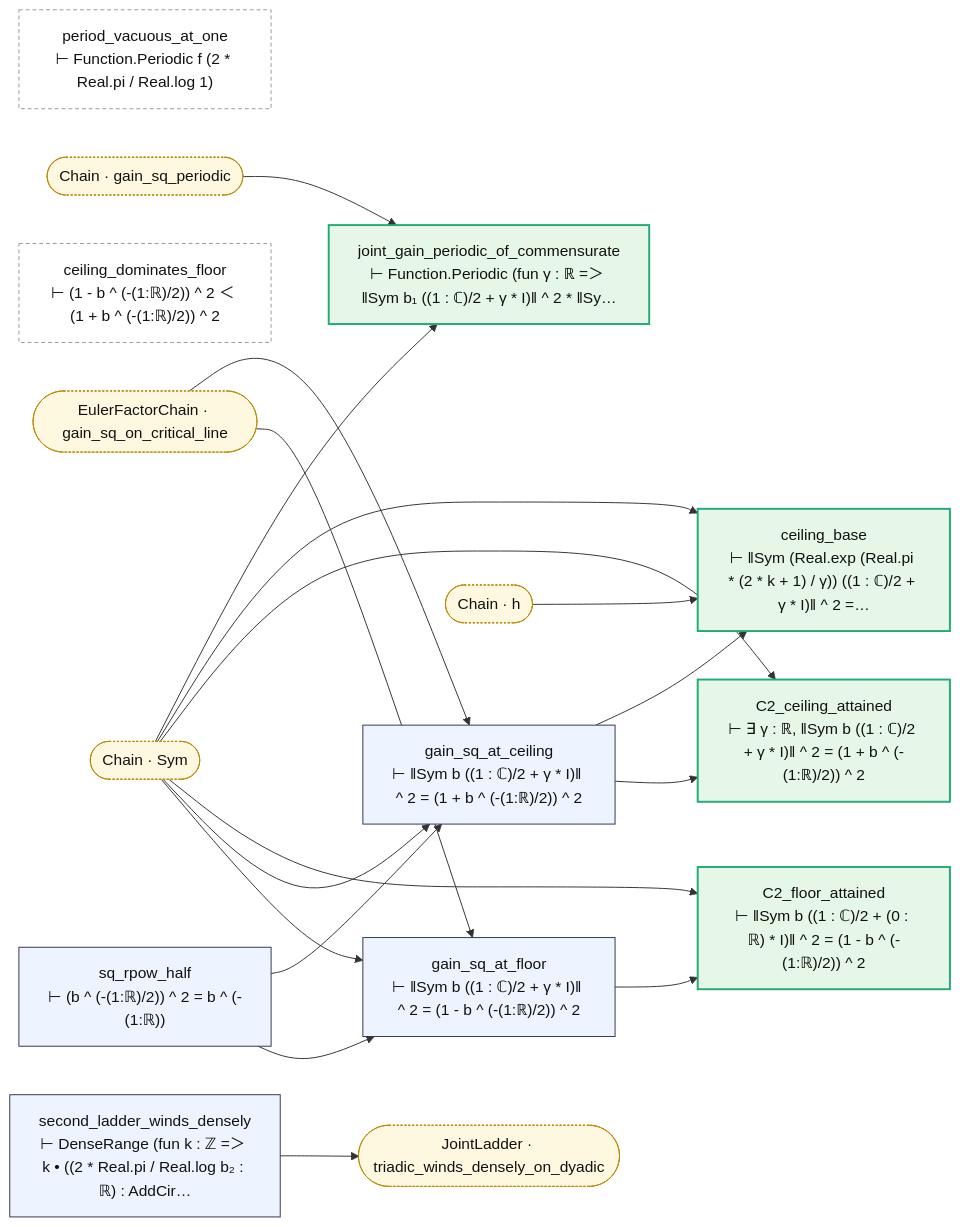
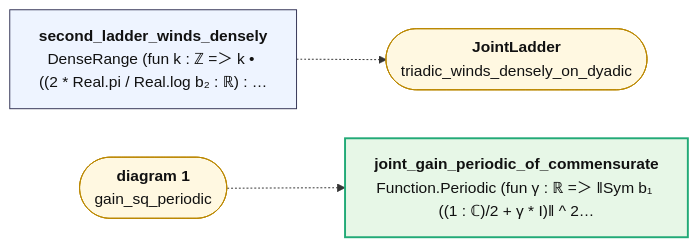
The second of 2 diagrams in map/lean/Chain.md (juliansambranojr/Primebeat_081426), drawn with Mermaid before and after one commit. The commit also changed other lines of this file and 387 other files, not shown here.

````diff
--- a/map/lean/Chain.md
+++ b/map/lean/Chain.md
@@ -232,40 +95,14 @@
 ```mermaid
 flowchart LR
-  n0["period_vacuous_at_one<br/>⊢ Function.Periodic f (2 * Real.pi / Real.log 1)"]:::lone
-  n1["sq_rpow_half<br/>⊢ (b ^ (-(1:ℝ)/2)) ^ 2 = b ^ (-(1:ℝ))"]:::thm
-  n2["gain_sq_at_floor<br/>⊢ ‖Sym b ((1 : ℂ)/2 + γ * I)‖ ^ 2 = (1 - b ^ (-(1:ℝ)/2)) ^ 2"]:::thm
-  n3["gain_sq_at_ceiling<br/>⊢ ‖Sym b ((1 : ℂ)/2 + γ * I)‖ ^ 2 = (1 + b ^ (-(1:ℝ)/2)) ^ 2"]:::thm
-  n4["C2_floor_attained<br/>⊢ ‖Sym b ((1 : ℂ)/2 + (0 : ℝ) * I)‖ ^ 2 = (1 - b ^ (-(1:ℝ)/2)) ^ 2"]:::end_
-  n5["C2_ceiling_attained<br/>⊢ ∃ γ : ℝ, ‖Sym b ((1 : ℂ)/2 + γ * I)‖ ^ 2 = (1 + b ^ (-(1:ℝ)/2)) ^ 2"]:::end_
-  n6["ceiling_base<br/>⊢ ‖Sym (Real.exp (Real.pi * (2 * k + 1) / γ)) ((1 : ℂ)/2 + γ * I)‖ ^ 2 =…"]:::end_
-  n7["ceiling_dominates_floor<br/>⊢ (1 - b ^ (-(1:ℝ)/2)) ^ 2 ＜ (1 + b ^ (-(1:ℝ)/2)) ^ 2"]:::lone
-  n8["joint_gain_periodic_of_commensurate<br/>⊢ Function.Periodic (fun γ : ℝ =＞ ‖Sym b₁ ((1 : ℂ)/2 + γ * I)‖ ^ 2 * ‖Sy…"]:::end_
-  n9["second_ladder_winds_densely<br/>⊢ DenseRange (fun k : ℤ =＞ k • ((2 * Real.pi / Real.log b₂ : ℝ) : AddCir…"]:::thm
-  x0(["Chain · Sym"]):::ext
-  x1(["Chain · gain_sq_periodic"]):::ext
-  x2(["Chain · h"]):::ext
-  x3(["EulerFactorChain · gain_sq_on_critical_line"]):::ext
-  x4(["JointLadder · triadic_winds_densely_on_dyadic"]):::ext
-  n1 --> n2
-  n1 --> n3
-  n2 --> n4
-  n3 --> n5
-  n3 --> n6
-  n9 --> x4
-  x0 --> n2
-  x0 --> n3
-  x0 --> n4
-  x0 --> n5
-  x0 --> n6
-  x0 --> n8
-  x1 --> n8
-  x2 --> n6
-  x3 --> n2
-  x3 --> n3
+  n0["<b>joint_gain_periodic_of_commensurate</b><br/>Function.Periodic (fun γ : ℝ =＞ ‖Sym b₁ ((1 : ℂ)/2 + γ * I)‖ ^ 2…"]:::end_
+  n1["<b>second_ladder_winds_densely</b><br/>DenseRange (fun k : ℤ =＞ k • ((2 * Real.pi / Real.log b₂ : ℝ) : …"]:::thm
+  x0(["<b>diagram 1</b><br/>gain_sq_periodic"]):::ext
+  x1(["<b>JointLadder</b><br/>triadic_winds_densely_on_dyadic"]):::ext
+  n1 -.-> x1
+  x0 -.-> n0
   classDef thm fill:#eef4ff,stroke:#335,color:#111
-  classDef dfn fill:#f2f2f2,stroke:#777,color:#111
   classDef end_ fill:#e7f7e7,stroke:#2a7,color:#111,stroke-width:2px
   classDef lone fill:#fff,stroke:#999,color:#111,stroke-dasharray:4 3
   classDef bad fill:#ffe5e5,stroke:#c22,color:#111,stroke-width:2px
-  classDef ext fill:#fff8e1,stroke:#b80,color:#111,stroke-dasharray:2 2
+  classDef ext fill:#fff8e1,stroke:#b80,color:#111
 ```
````
